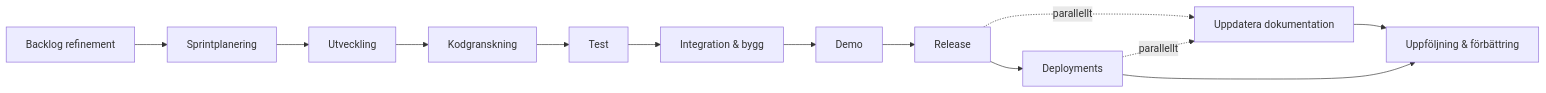
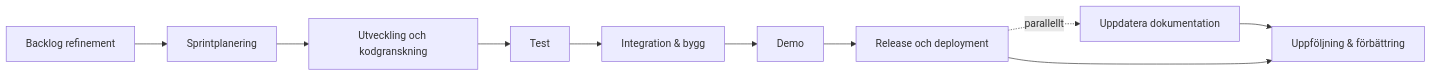
Before and after one commit to Riniga/valuestream-os: the first of 3 diagrams in framework/standard/RACI/4. Leverans.md, drawn with Mermaid. The commit also changed other lines of this file and 17 other files, not shown here.

````diff
--- a/framework/standard/RACI/4. Leverans.md
+++ b/framework/standard/RACI/4. Leverans.md
@@ -3,15 +3,12 @@
 ```mermaid
 flowchart LR
     A1["Backlog refinement"] --> A2["Sprintplanering"]
-    A2 --> B1["Utveckling"]
-    B1 --> B2["Kodgranskning"]
-    B2 --> B3["Test"]
-    B3 --> C1["Integration & bygg"]
+    A2 --> B1["Utveckling och kodgranskning"]
+    B1 --> B2["Test"]
+    B2 --> C1["Integration & bygg"]
     C1 --> D1["Demo"]
-    D1 --> E1["Release"]
-    E1 --> F1["Deployments"]
+    D1 --> E1["Release och deployment"]
     E1 -. parallellt .-> E2["Uppdatera dokumentation"]
-    F1 -. parallellt .-> E2
     E2 --> G1["Uppföljning & förbättring"]
-    F1 --> G1
+    E1 --> G1
 ```
````
